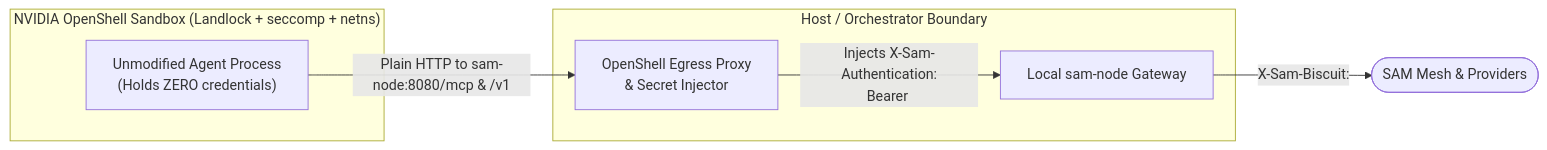
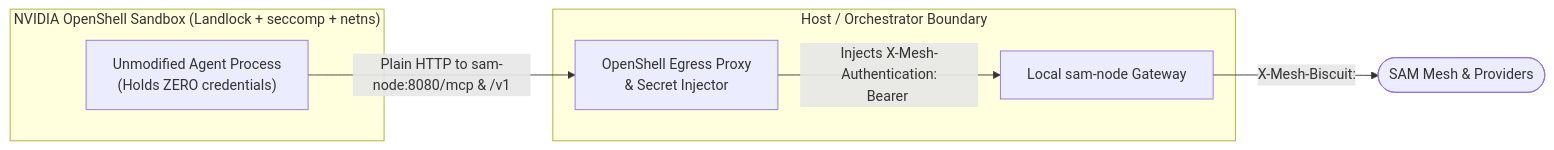
The first of 2 diagrams in site/content/docs/contributing/security-architecture.md (MaddipatlaChetan24/sam), drawn with Mermaid before and after one commit. The commit also changed other lines of this file and 253 other files, not shown here.

````diff
--- a/site/content/docs/contributing/security-architecture.md
+++ b/site/content/docs/contributing/security-architecture.md
@@ -433,15 +433,15 @@
 ```mermaid
 flowchart LR
   subgraph OpenShell["NVIDIA OpenShell Sandbox (Landlock + seccomp + netns)"]
     Harness["Unmodified Agent Process<br/>(Holds ZERO credentials)"]
   end
   subgraph Host["Host / Orchestrator Boundary"]
     OSProxy["OpenShell Egress Proxy<br/>& Secret Injector"]
     SamNode["Local sam-node Gateway"]
   end
   Mesh(["SAM Mesh & Providers"])
 
   Harness -- "Plain HTTP to sam-node:8080/mcp & /v1" --> OSProxy
-  OSProxy -- "Injects X-Sam-Authentication:<br/>Bearer <Sealed-Task-Biscuit>" --> SamNode
-  SamNode -- "X-Sam-Biscuit: <Sealed-Task-Biscuit>" --> Mesh
+  OSProxy -- "Injects X-Mesh-Authentication:<br/>Bearer <Sealed-Task-Biscuit>" --> SamNode
+  SamNode -- "X-Mesh-Biscuit: <Sealed-Task-Biscuit>" --> Mesh
 ```
````
